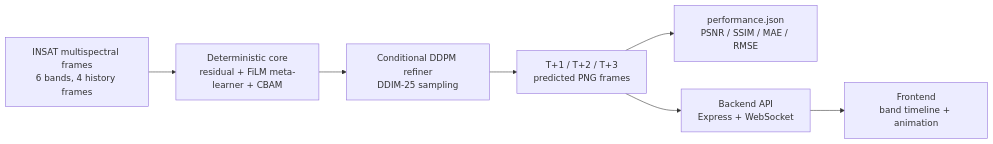
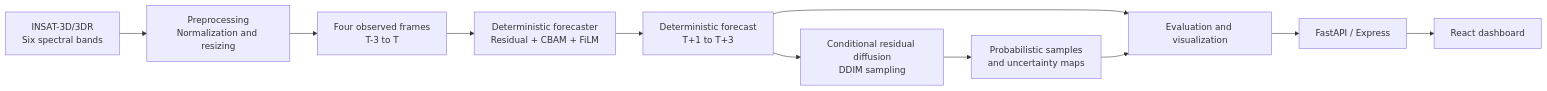
Before and after one commit to info-gallary/K.A.L.A.M.: the diagram in README.md, drawn with Mermaid. The commit also changed other lines of this file, not shown here.

````diff
--- a/README.md
+++ b/README.md
@@ -53,9 +73,13 @@
 ```mermaid
 flowchart LR
-    A[INSAT multispectral frames\n6 bands, 4 history frames] --> B[Deterministic core\nresidual + FiLM meta-learner + CBAM]
-    B --> C[Conditional DDPM refiner\nDDIM-25 sampling]
-    C --> D[T+1 / T+2 / T+3\npredicted PNG frames]
-    D --> E[performance.json\nPSNR / SSIM / MAE / RMSE]
-    D --> F[Backend API\nExpress + WebSocket]
-    F --> G[Frontend\nband timeline + animation]
+    A["INSAT-3D/3DR<br/>Six spectral bands"] --> B["Preprocessing<br/>Normalization and resizing"]
+    B --> C["Four observed frames<br/>T-3 to T"]
+    C --> D["Deterministic forecaster<br/>Residual + CBAM + FiLM"]
+    D --> E["Deterministic forecast<br/>T+1 to T+3"]
+    E --> F["Conditional residual diffusion<br/>DDIM sampling"]
+    F --> G["Probabilistic samples<br/>and uncertainty maps"]
+    E --> H["Evaluation and visualization"]
+    G --> H
+    H --> I["FastAPI / Express"]
+    I --> J["React dashboard"]
 ```
````
